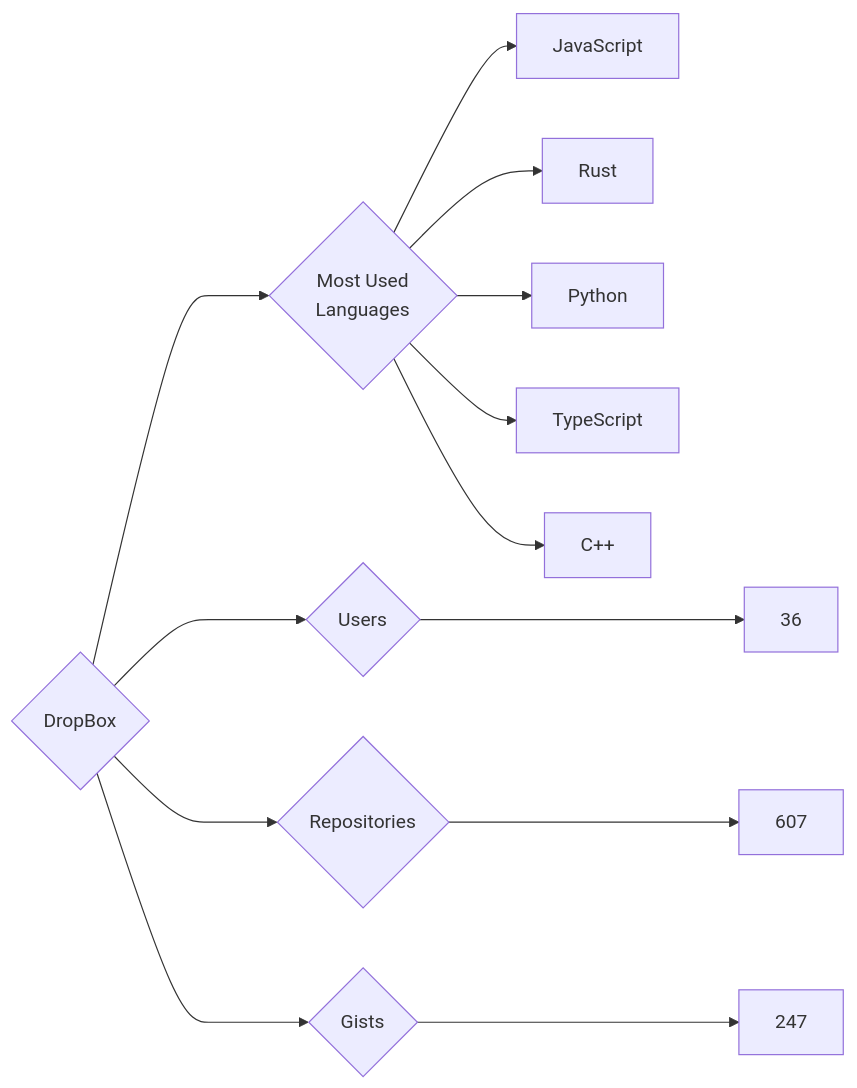
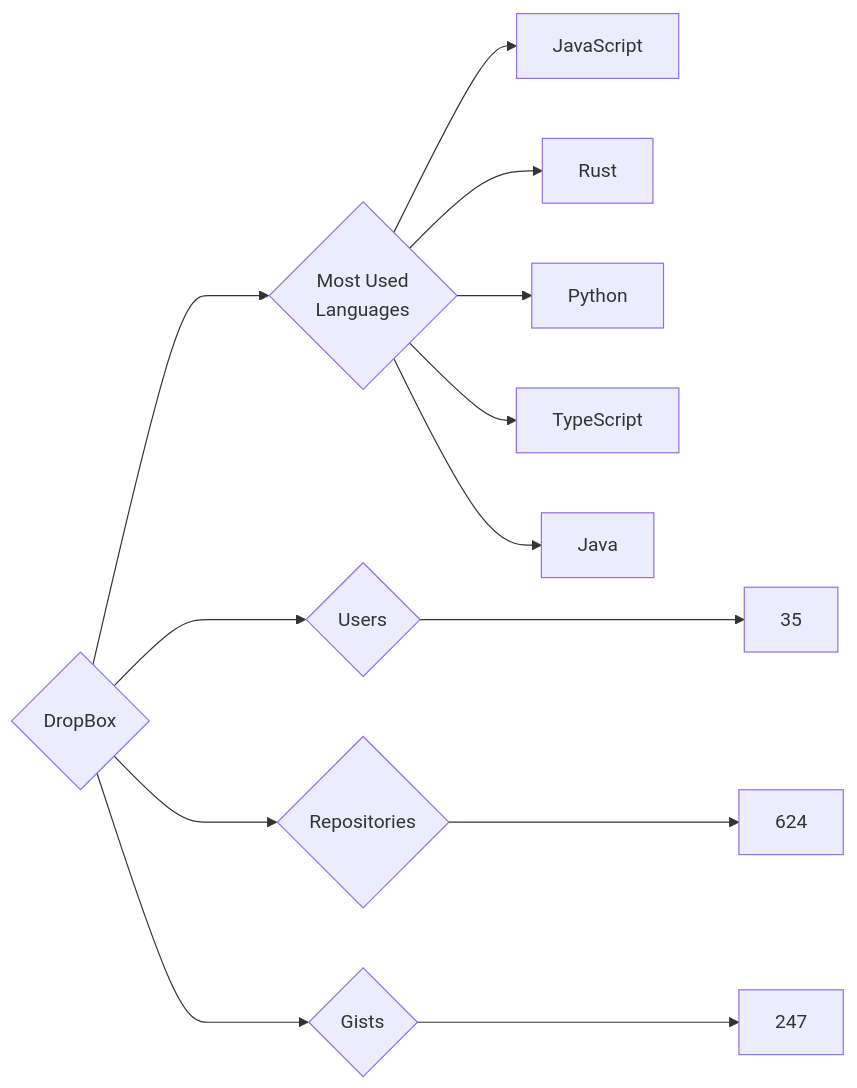
Before and after one commit to trickest/insiders: the diagram in targets/DropBox/README.md, drawn with Mermaid. The commit also changed 874 other files, not shown here.

````diff
--- a/targets/DropBox/README.md
+++ b/targets/DropBox/README.md
@@ -3,13 +3,13 @@
 ```mermaid
 graph LR
 COMPANY_NAME{DropBox}
-COMPANY_NAME ---> U{Users} ---> UN[36]
-COMPANY_NAME ---> R{Repositories} ---> RN[607]
+COMPANY_NAME ---> U{Users} ---> UN[35]
+COMPANY_NAME ---> R{Repositories} ---> RN[624]
 COMPANY_NAME ---> G{Gists} ---> GN[247]
 COMPANY_NAME ---> ML{Most Used<br>Languages}
 ML --> JavaScript[JavaScript]
 ML --> Rust[Rust]
 ML --> Python[Python]
 ML --> TypeScript[TypeScript]
-ML --> C++[C++]
+ML --> Java[Java]
 ```
````
